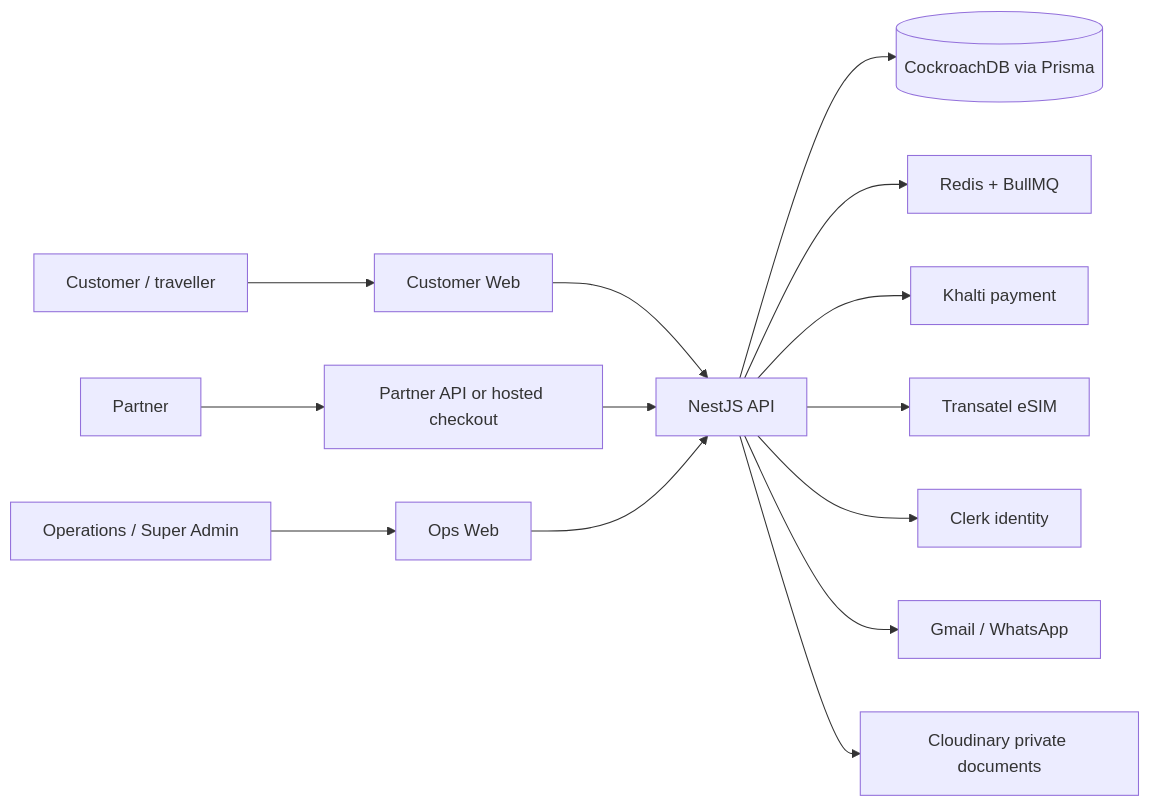
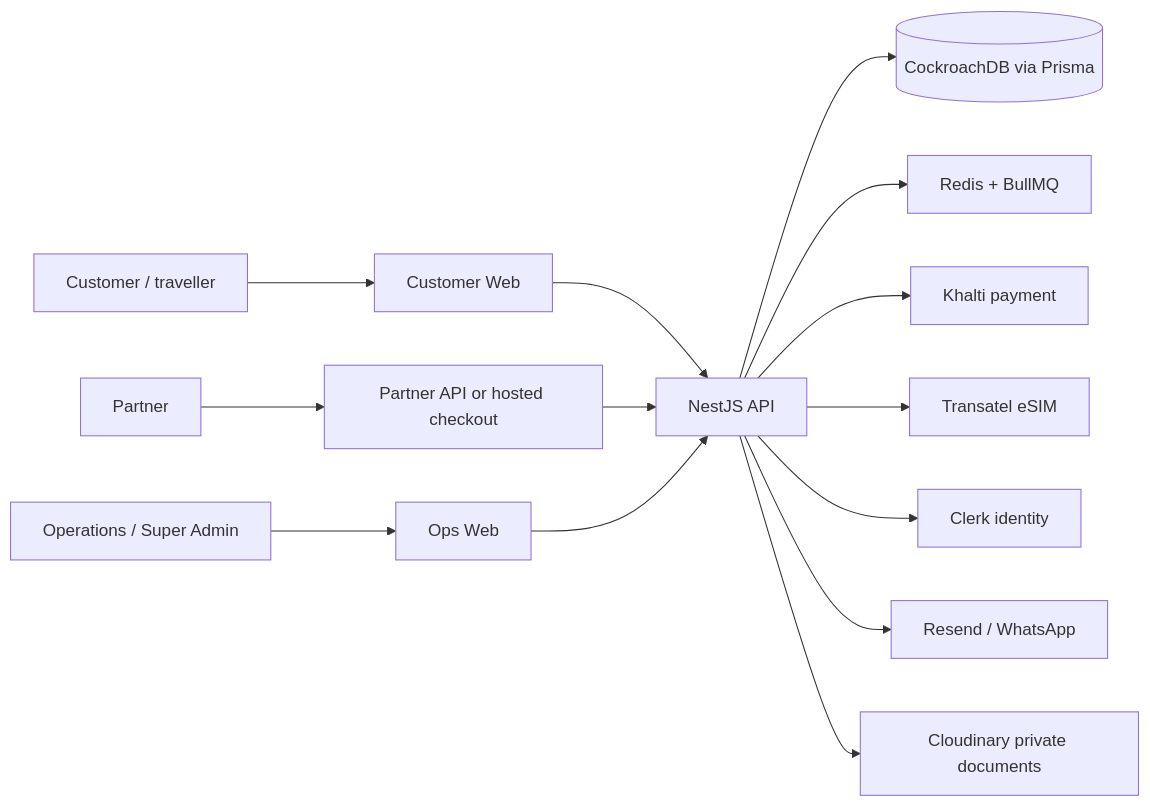
The first of 2 diagrams in docs/OVERALL-SYSTEM-SPECIFICATION.md (aaaaa012/esim), drawn with Mermaid before and after one commit. The commit also changed other lines of this file and 43 other files, not shown here.

````diff
--- a/docs/OVERALL-SYSTEM-SPECIFICATION.md
+++ b/docs/OVERALL-SYSTEM-SPECIFICATION.md
@@ -14,16 +14,16 @@
 ```mermaid
 flowchart LR
   C[Customer / traveller] --> CW[Customer Web]
   P[Partner] --> PA[Partner API or hosted checkout]
   O[Operations / Super Admin] --> OW[Ops Web]
   CW --> API[NestJS API]
   PA --> API
   OW --> API
   API --> DB[(CockroachDB via Prisma)]
   API --> R[Redis + BullMQ]
   API --> K[Khalti payment]
   API --> T[Transatel eSIM]
   API --> CL[Clerk identity]
-  API --> N[Gmail / WhatsApp]
+  API --> N[Resend / WhatsApp]
   API --> S[Cloudinary private documents]
 ```
````
